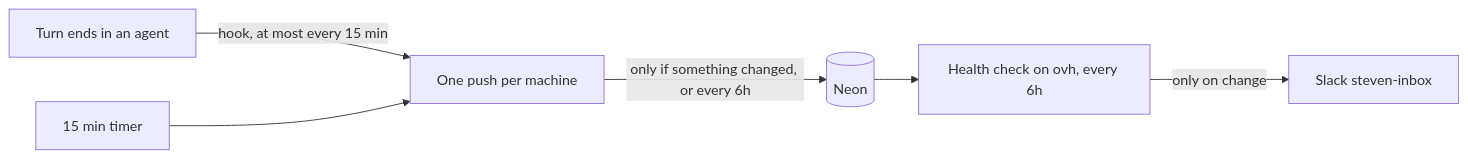
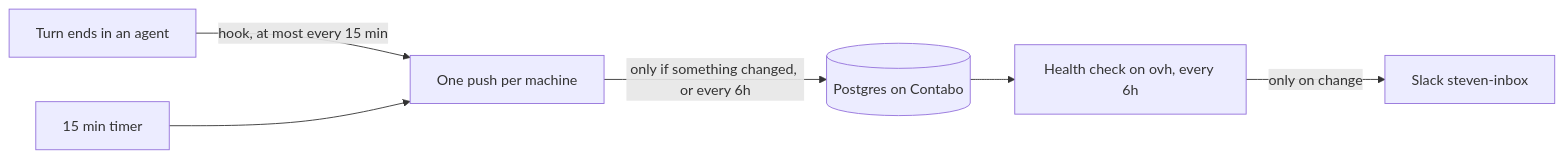
One commit to stevmolina/agent-sessions changed the diagram in docs/remote-sync.md. Above: the diagram before and after it, drawn with Mermaid. The commit also changed other lines of this file, not shown here.

First line of the commit message:
Docs: sessions database moved to Postgres on Contabo (#13)

````diff
--- a/docs/remote-sync.md
+++ b/docs/remote-sync.md
@@ -42,8 +42,8 @@
 ```mermaid
 flowchart LR
   T[Turn ends in an agent] -->|hook, at most every 15 min| P[One push per machine]
   C[15 min timer] --> P
-  P -->|only if something changed, or every 6h| DB[(Neon)]
+  P -->|only if something changed, or every 6h| DB[(Postgres on Contabo)]
   DB --> H[Health check on ovh, every 6h]
   H -->|only on change| S[Slack steven-inbox]
 ```
````
